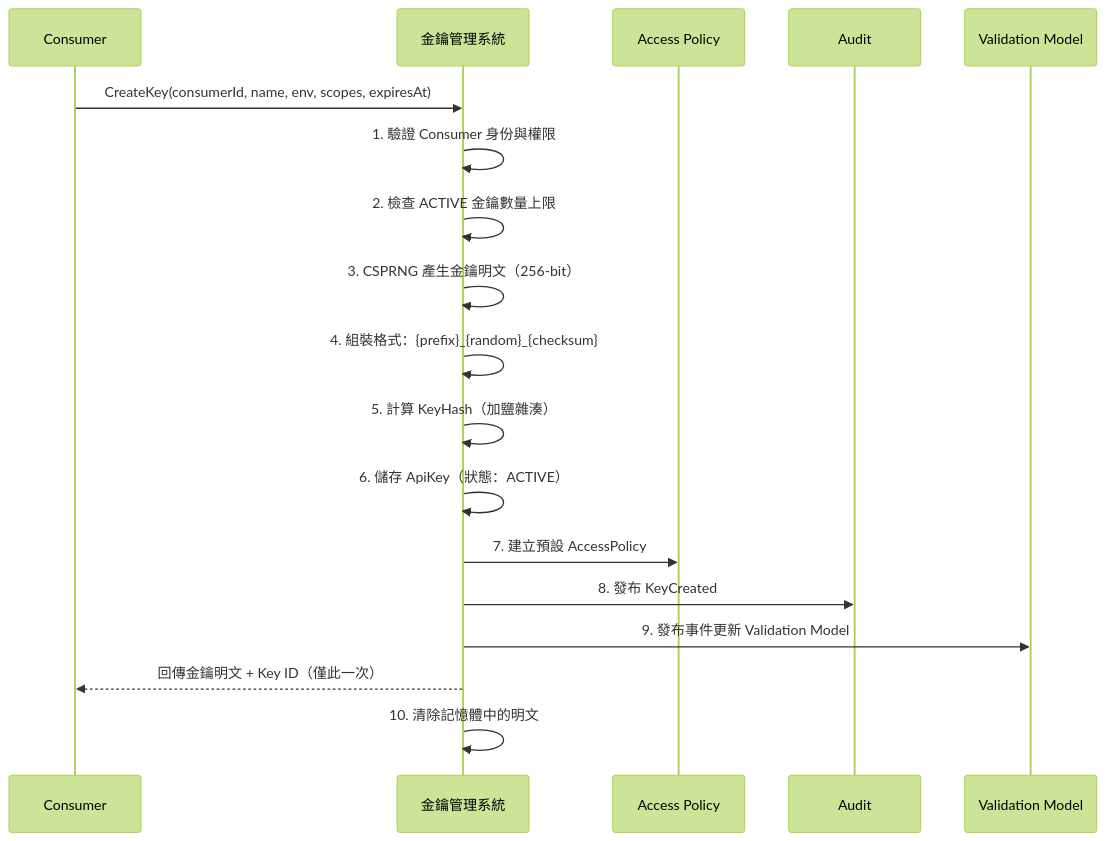
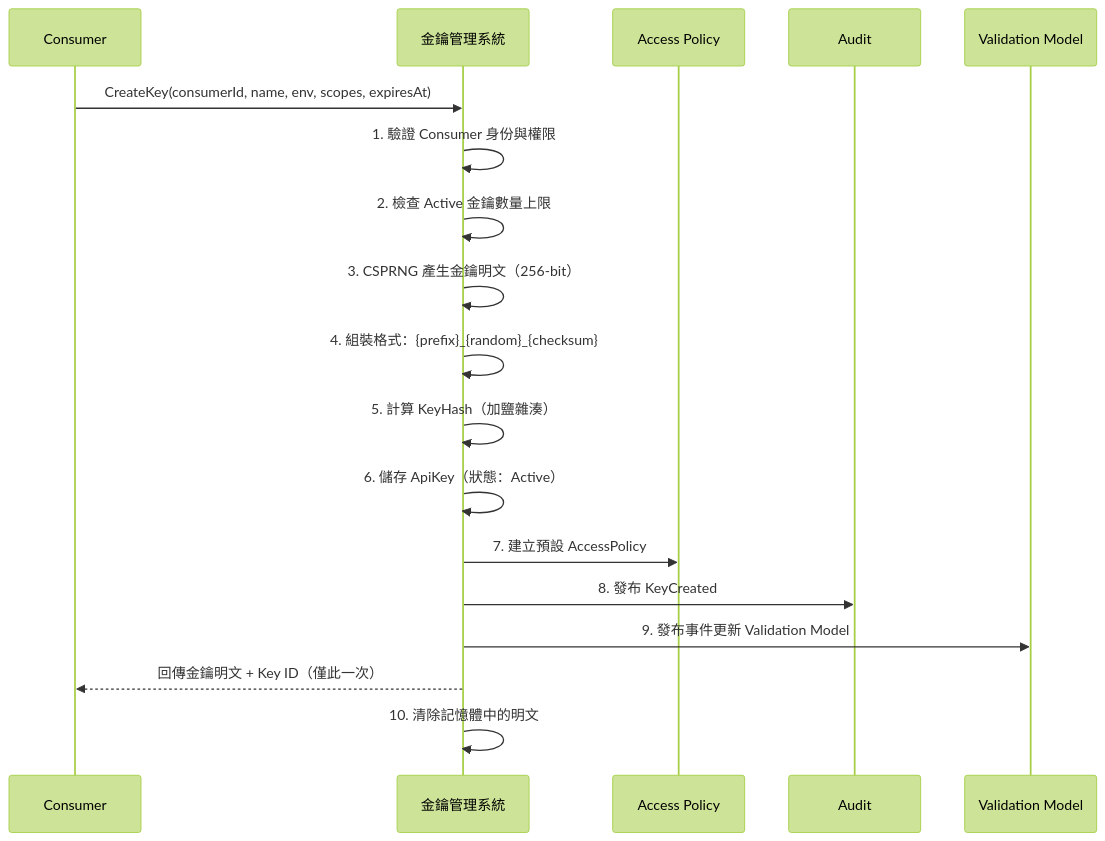
Before and after one commit to jame2408/api-protection: the seventh of 17 diagrams in docs/design/design-doc.md, drawn with Mermaid (forest theme). The commit also changed other lines of this file and 28 other files, not shown here.

First line of the commit message:
hardening(wire-format): accept ADR-006 — ApiKeyStatus PascalCase + JsonStringEnumConverter wire format

````diff
--- a/docs/design/design-doc.md
+++ b/docs/design/design-doc.md
@@ -748,21 +748,21 @@
 ```mermaid
 sequenceDiagram
     participant C as Consumer
     participant KM as 金鑰管理系統
     participant AP as Access Policy
     participant AU as Audit
     participant VM as Validation Model
 
     C->>KM: CreateKey(consumerId, name, env, scopes, expiresAt)
     KM->>KM: 1. 驗證 Consumer 身份與權限
-    KM->>KM: 2. 檢查 ACTIVE 金鑰數量上限
+    KM->>KM: 2. 檢查 Active 金鑰數量上限
     KM->>KM: 3. CSPRNG 產生金鑰明文（256-bit）
     KM->>KM: 4. 組裝格式：{prefix}_{random}_{checksum}
     KM->>KM: 5. 計算 KeyHash（加鹽雜湊）
-    KM->>KM: 6. 儲存 ApiKey（狀態：ACTIVE）
+    KM->>KM: 6. 儲存 ApiKey（狀態：Active）
     KM->>AP: 7. 建立預設 AccessPolicy
     KM->>AU: 8. 發布 KeyCreated
     KM->>VM: 9. 發布事件更新 Validation Model
     KM-->>C: 回傳金鑰明文 + Key ID（僅此一次）
     KM->>KM: 10. 清除記憶體中的明文
 ```
````
